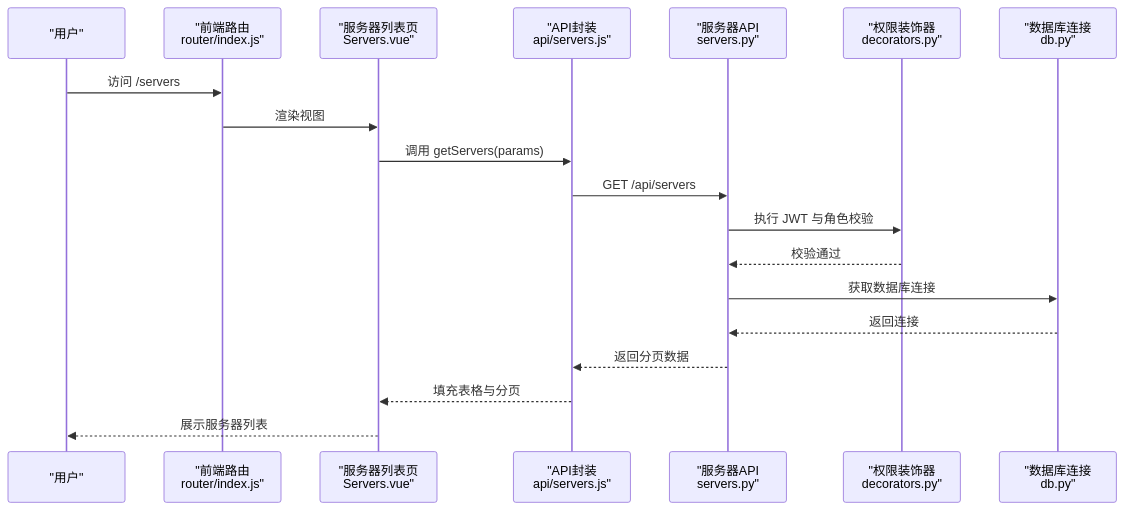
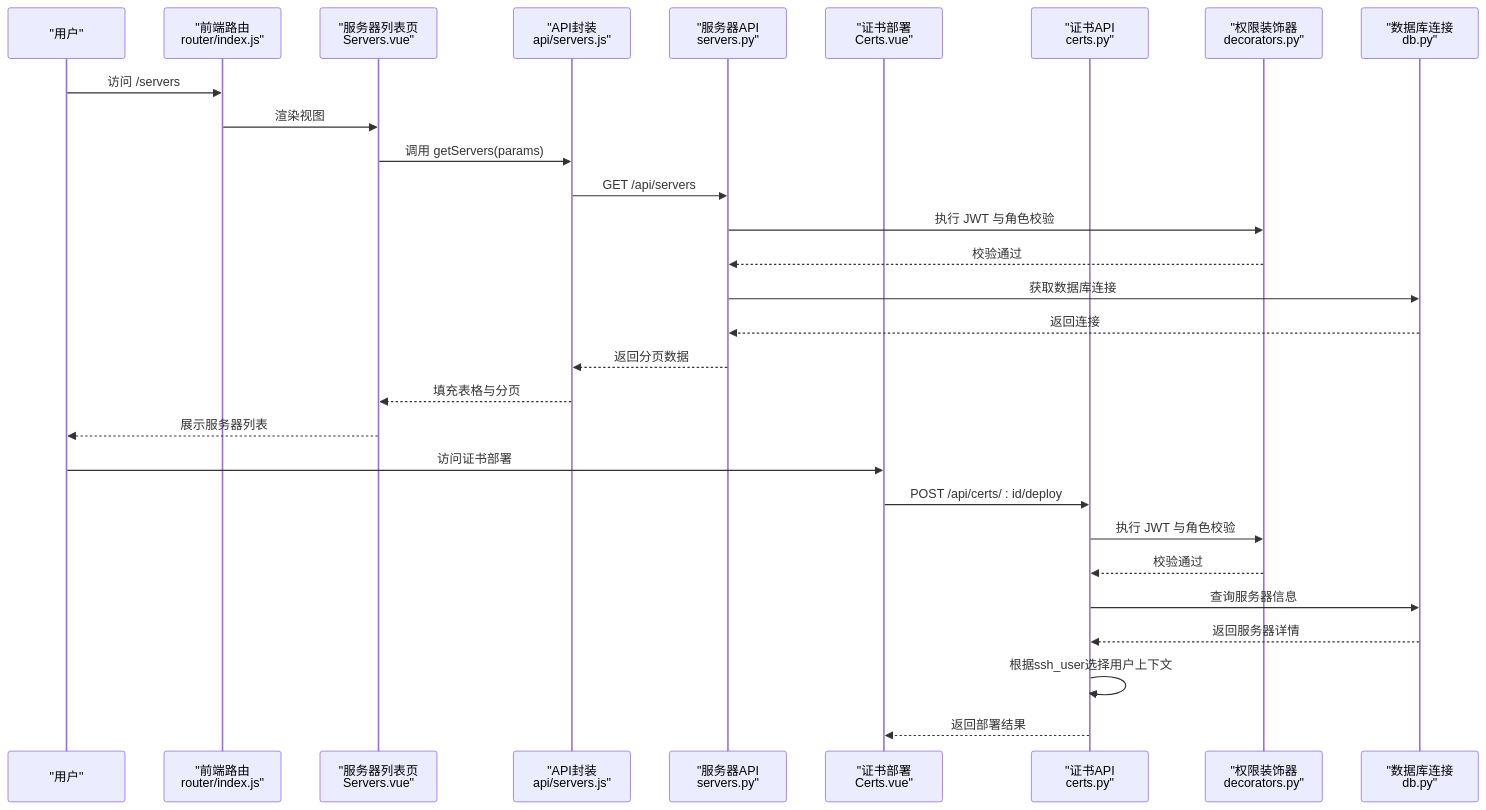
One commit to ismine3/OPS changed the second of 8 diagrams in .qoder/repowiki/zh/content/核心功能模块/服务器管理模块.md. Above: the diagram before and after it, drawn with Mermaid. The commit also changed other lines of this file and 17 other files, not shown here.

````diff
--- a/.qoder/repowiki/zh/content/核心功能模块/服务器管理模块.md
+++ b/.qoder/repowiki/zh/content/核心功能模块/服务器管理模块.md
@@ -94,21 +120,31 @@
 ```mermaid
 sequenceDiagram
 participant U as "用户"
 participant R as "前端路由<br/>router/index.js"
 participant V as "服务器列表页<br/>Servers.vue"
 participant A as "API封装<br/>api/servers.js"
 participant S as "服务器API<br/>servers.py"
+participant C as "证书部署<br/>Certs.vue"
+participant CE as "证书API<br/>certs.py"
 participant D as "权限装饰器<br/>decorators.py"
 participant DB as "数据库连接<br/>db.py"
 U->>R : 访问 /servers
 R->>V : 渲染视图
 V->>A : 调用 getServers(params)
 A->>S : GET /api/servers
 S->>D : 执行 JWT 与角色校验
 D-->>S : 校验通过
 S->>DB : 获取数据库连接
 DB-->>S : 返回连接
 S-->>A : 返回分页数据
 A-->>V : 填充表格与分页
 V-->>U : 展示服务器列表
+U->>C : 访问证书部署
+C->>CE : POST /api/certs/ : id/deploy
+CE->>D : 执行 JWT 与角色校验
+D-->>CE : 校验通过
+CE->>DB : 查询服务器信息
+DB-->>CE : 返回服务器详情
+CE->>CE : 根据ssh_user选择用户上下文
+CE-->>C : 返回部署结果
 ```
````
